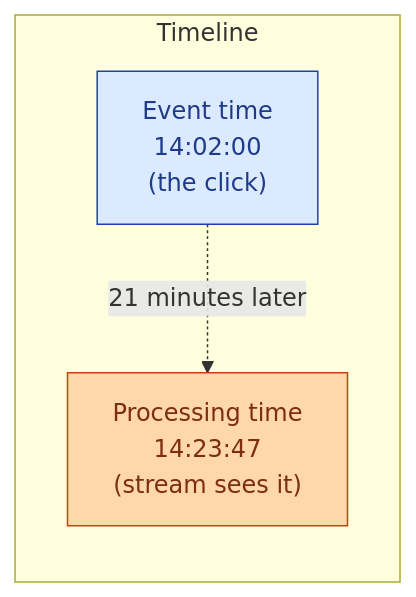
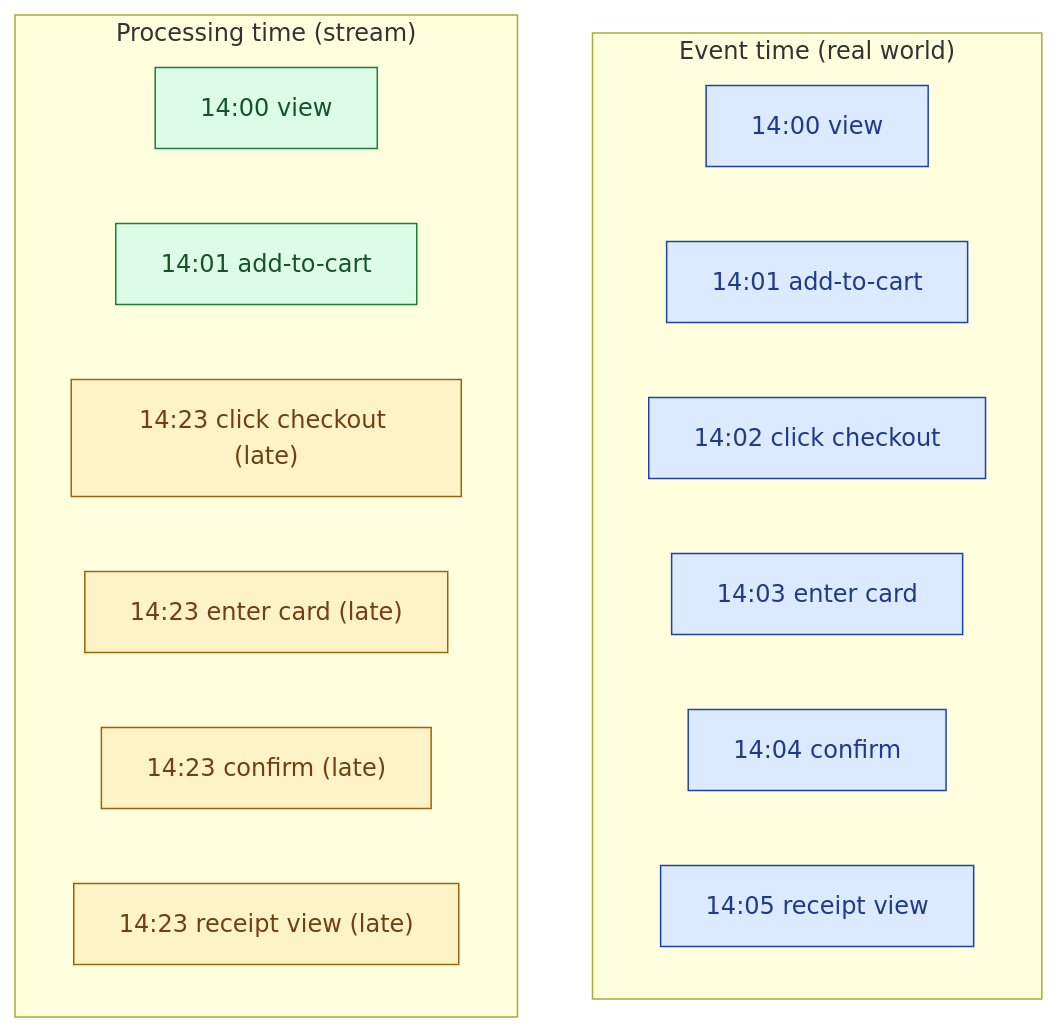
The second of 3 diagrams in _de_concepts/032-event-time-vs-processing-time.md (shiningflash/shiningflash.github.io), drawn with Mermaid before and after one commit. The commit also changed other lines of this file and 69 other files, not shown here.

````diff
--- a/_de_concepts/032-event-time-vs-processing-time.md
+++ b/_de_concepts/032-event-time-vs-processing-time.md
@@ -12,11 +70,23 @@
 ```mermaid
-flowchart LR
-    subgraph T["Timeline"]
-        ET["Event time<br/>14:02:00<br/>(the click)"]:::e
-        PT["Processing time<br/>14:23:47<br/>(stream sees it)"]:::p
-        ET -.->|"21 minutes later"| PT
+flowchart TB
+    subgraph Real["Event time (real world)"]
+        R1["14:00 view"]:::a
+        R2["14:01 add-to-cart"]:::a
+        R3["14:02 click checkout"]:::a
+        R4["14:03 enter card"]:::a
+        R5["14:04 confirm"]:::a
+        R6["14:05 receipt view"]:::a
+    end
+    subgraph Seen["Processing time (stream)"]
+        P1["14:00 view"]:::g
+        P2["14:01 add-to-cart"]:::g
+        P3["14:23 click checkout (late)"]:::y
+        P4["14:23 enter card (late)"]:::y
+        P5["14:23 confirm (late)"]:::y
+        P6["14:23 receipt view (late)"]:::y
     end
 
-    classDef e fill:#dbeafe,stroke:#1e40af,color:#1e3a8a
-    classDef p fill:#fed7aa,stroke:#c2410c,color:#7c2d12
+    classDef a fill:#dbeafe,stroke:#1e40af,color:#1e3a8a
+    classDef g fill:#dcfce7,stroke:#15803d,color:#14532d
+    classDef y fill:#fef3c7,stroke:#a16207,color:#713f12
 ```
````
